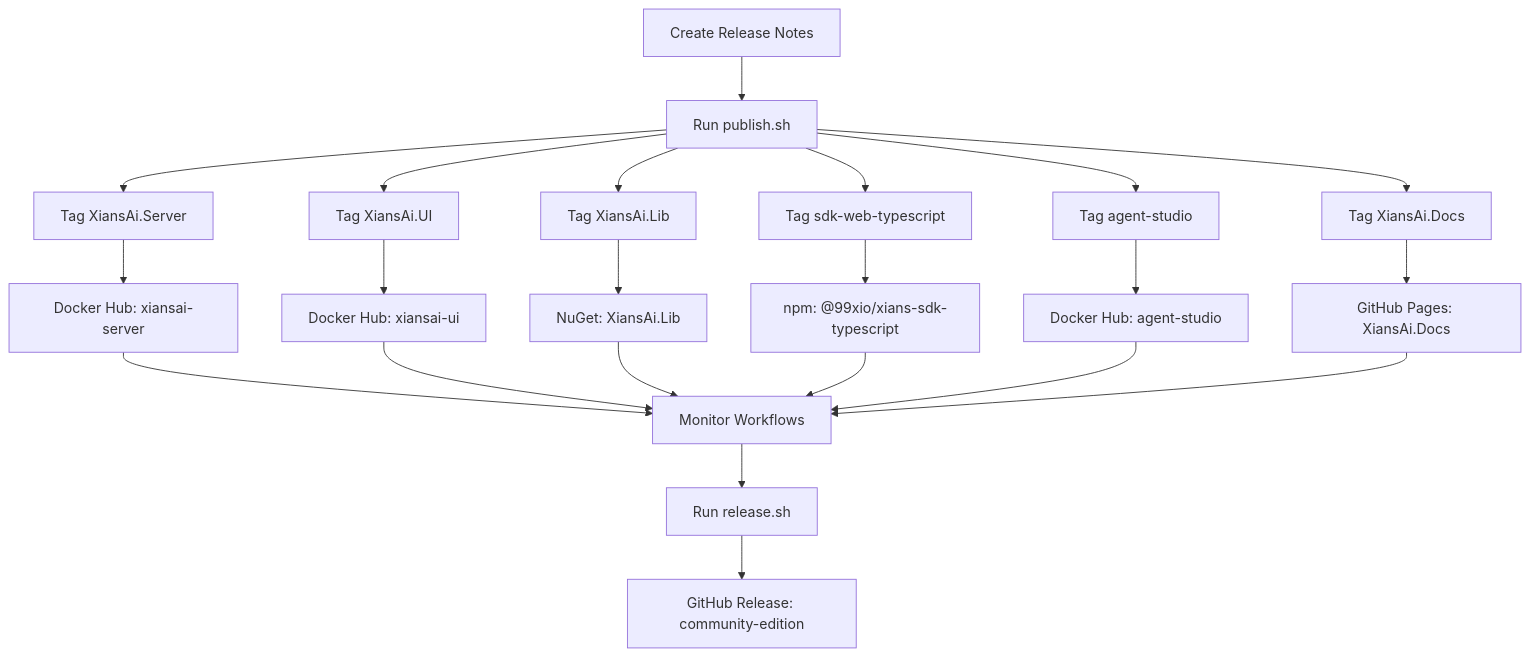
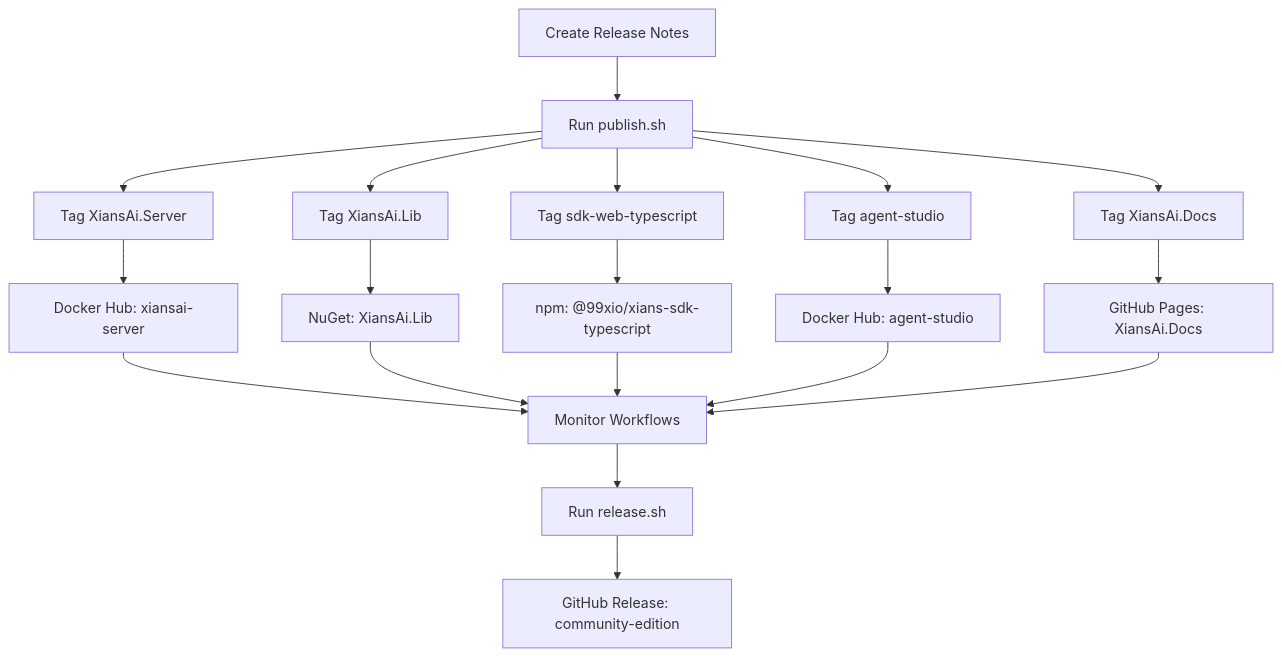
One commit to XiansAiPlatform/community-edition changed the diagram in docs/RELEASE_GUIDE.md. Above: the diagram before and after it, drawn with Mermaid. The commit also changed other lines of this file and 4 other files, not shown here.

````diff
--- a/docs/RELEASE_GUIDE.md
+++ b/docs/RELEASE_GUIDE.md
@@ -186,27 +185,24 @@
 ```mermaid
 graph TD
     A[Create Release Notes] --> B[Run publish.sh]
     B --> C[Tag XiansAi.Server]
-    B --> D[Tag XiansAi.UI]
     B --> E[Tag XiansAi.Lib]
     B --> F[Tag sdk-web-typescript]
     B --> G[Tag agent-studio]
     B --> H[Tag XiansAi.Docs]
     
     C --> I[Docker Hub: xiansai-server]
-    D --> J[Docker Hub: xiansai-ui]
     E --> K[NuGet: XiansAi.Lib]
     F --> L[npm: @99xio/xians-sdk-typescript]
     G --> M[Docker Hub: agent-studio]
     H --> N[GitHub Pages: XiansAi.Docs]
     
     I --> O[Monitor Workflows]
-    J --> O
     K --> O
     L --> O
     M --> O
     N --> O
     
     O --> P[Run release.sh]
     P --> Q[GitHub Release: community-edition]
 ```
````
